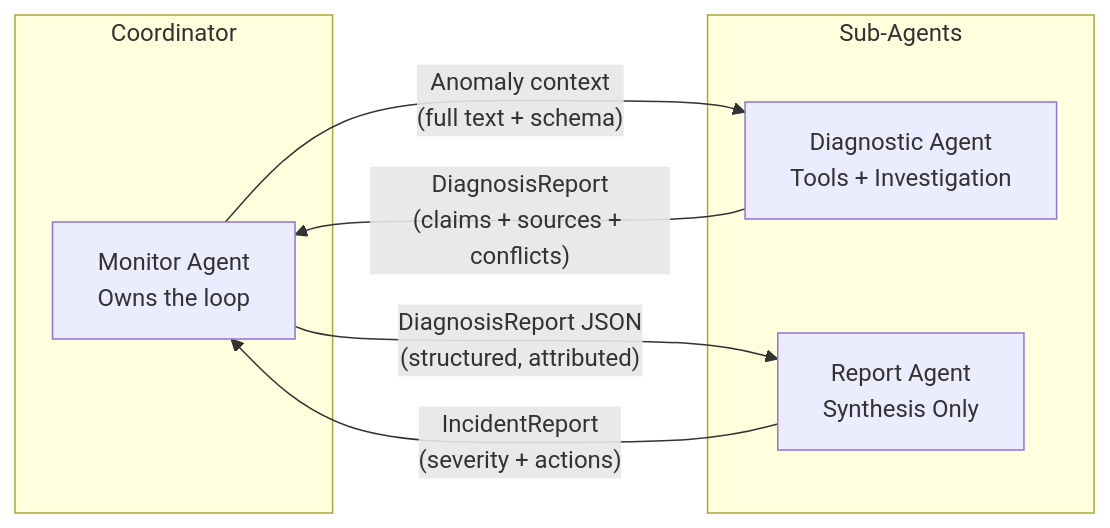
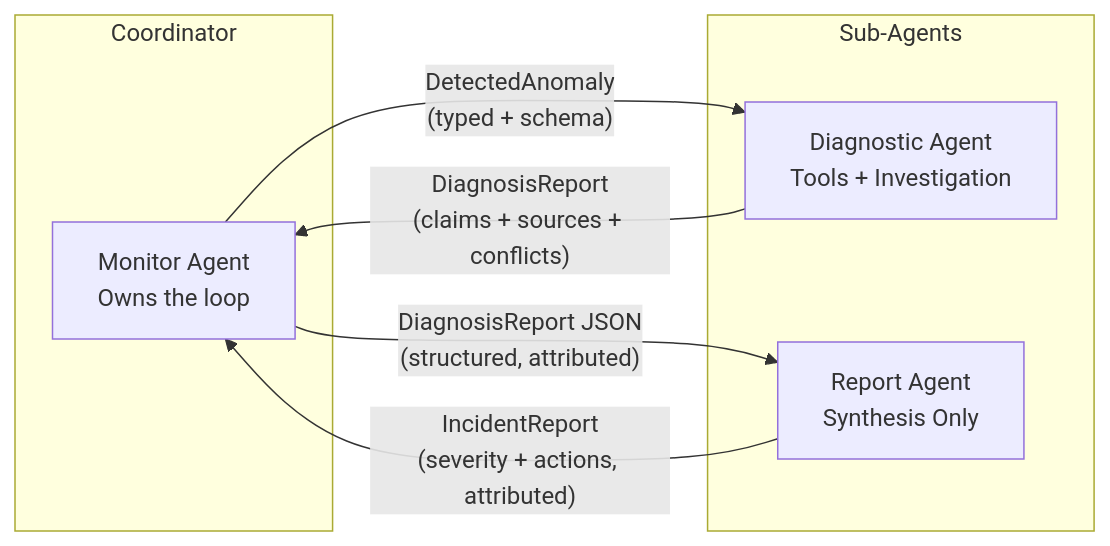
The second of 7 diagrams in README.md (atomicdragonranch/streamops-agent), drawn with Mermaid before and after one commit. The commit also changed other lines of this file and 1 other file, not shown here.

````diff
--- a/README.md
+++ b/README.md
@@ -77,16 +77,16 @@
 ```mermaid
 graph LR
     subgraph "Coordinator"
         MON[Monitor Agent<br/>Owns the loop]
     end
 
     subgraph "Sub-Agents"
         DIAG[Diagnostic Agent<br/>Tools + Investigation]
         REP[Report Agent<br/>Synthesis Only]
     end
 
-    MON -->|"Anomaly context<br/>(full text + schema)"| DIAG
+    MON -->|"DetectedAnomaly<br/>(typed + schema)"| DIAG
     DIAG -->|"DiagnosisReport<br/>(claims + sources + conflicts)"| MON
     MON -->|"DiagnosisReport JSON<br/>(structured, attributed)"| REP
-    REP -->|"IncidentReport<br/>(severity + actions)"| MON
+    REP -->|"IncidentReport<br/>(severity + actions, attributed)"| MON
 ```
````
